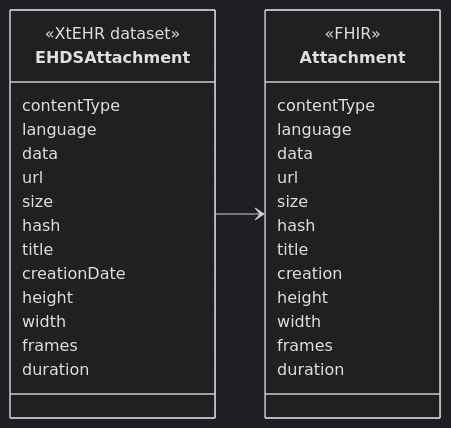
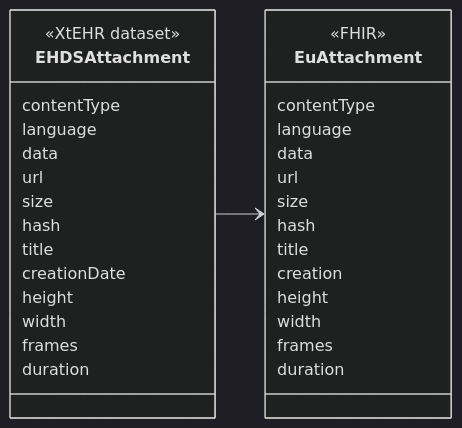
The diagram in input/intro-notes/ConceptMap-EHDSAttachmentMap-intro.md (oijauregui/ehdsimaging), drawn with Mermaid (dark theme) before and after one commit. The commit also changed 138 other files, not shown here.

````diff
--- a/input/intro-notes/ConceptMap-EHDSAttachmentMap-intro.md
+++ b/input/intro-notes/ConceptMap-EHDSAttachmentMap-intro.md
@@ -5,37 +5,37 @@
 ```mermaid
 classDiagram
 direction LR
 class EHDSAttachment {
   <<XtEHR dataset>>
   contentType
   language
   data
   url
   size
   hash
   title
   creationDate
   height
   width
   frames
   duration
 }
 link EHDSAttachment "https://build.fhir.org/ig/Xt-EHR/xt-ehr-common/StructureDefinition-EHDSAttachment.html"
-class Attachment{
+class EuAttachment{
   <<FHIR>>
   contentType
   language
   data
   url
   size
   hash
   title
   creation
   height
   width
   frames
   duration
 }
 
-EHDSAttachment --> Attachment
+EHDSAttachment --> EuAttachment
 ```
````
